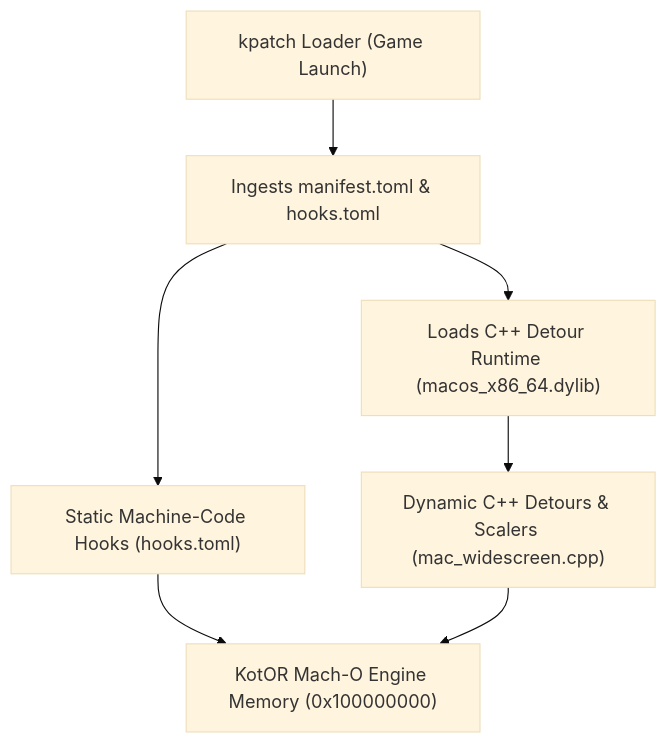
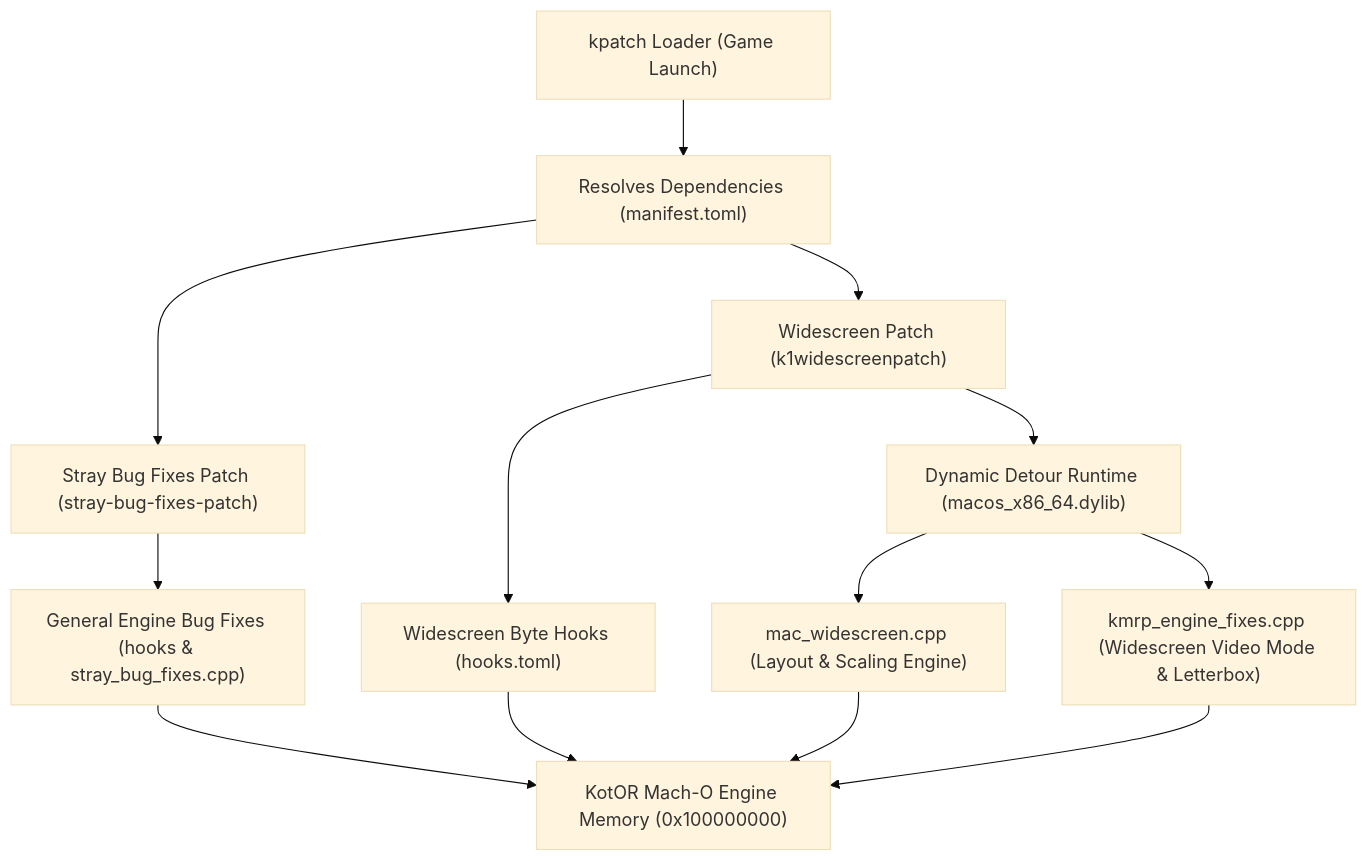
Before and after one commit to LaneDibello/Kotor-Patch-Manager: the first of 2 diagrams in Patches/K1WidescreenPatch/README.md, drawn with Mermaid (base theme). The commit also changed other lines of this file and 9 other files, not shown here.

First line of the commit message:
Widescreen patch and stray bug fixes (#286)

````diff
--- a/Patches/K1WidescreenPatch/README.md
+++ b/Patches/K1WidescreenPatch/README.md
@@ -83,9 +96,15 @@
 ```mermaid
 flowchart TD
-    Launcher["kpatch Loader (Game Launch)"] --> Ingest["Ingests manifest.toml & hooks.toml"]
-    Ingest --> StaticHooks["Static Machine-Code Hooks (hooks.toml)"]
-    Ingest --> DylibLoad["Loads C++ Detour Runtime (macos_x86_64.dylib)"]
-    StaticHooks --> EngineMemory["KotOR Mach-O Engine Memory (0x100000000)"]
-    DylibLoad --> CppDetours["Dynamic C++ Detours & Scalers (mac_widescreen.cpp)"]
-    CppDetours --> EngineMemory
+    Launcher["kpatch Loader (Game Launch)"] --> DepCheck["Resolves Dependencies (manifest.toml)"]
+    DepCheck --> StrayPatch["Stray Bug Fixes Patch (stray-bug-fixes-patch)"]
+    DepCheck --> WidescreenPatch["Widescreen Patch (k1widescreenpatch)"]
+    StrayPatch --> StaticBugs["General Engine Bug Fixes (hooks & stray_bug_fixes.cpp)"]
+    WidescreenPatch --> StaticHooks["Widescreen Byte Hooks (hooks.toml)"]
+    WidescreenPatch --> DylibLoad["Dynamic Detour Runtime (macos_x86_64.dylib)"]
+    DylibLoad --> WidescreenCpp["mac_widescreen.cpp (Layout & Scaling Engine)"]
+    DylibLoad --> KmrpCpp["kmrp_engine_fixes.cpp (Widescreen Video Mode & Letterbox)"]
+    StaticBugs --> EngineMemory["KotOR Mach-O Engine Memory (0x100000000)"]
+    StaticHooks --> EngineMemory
+    WidescreenCpp --> EngineMemory
+    KmrpCpp --> EngineMemory
 ```
````
